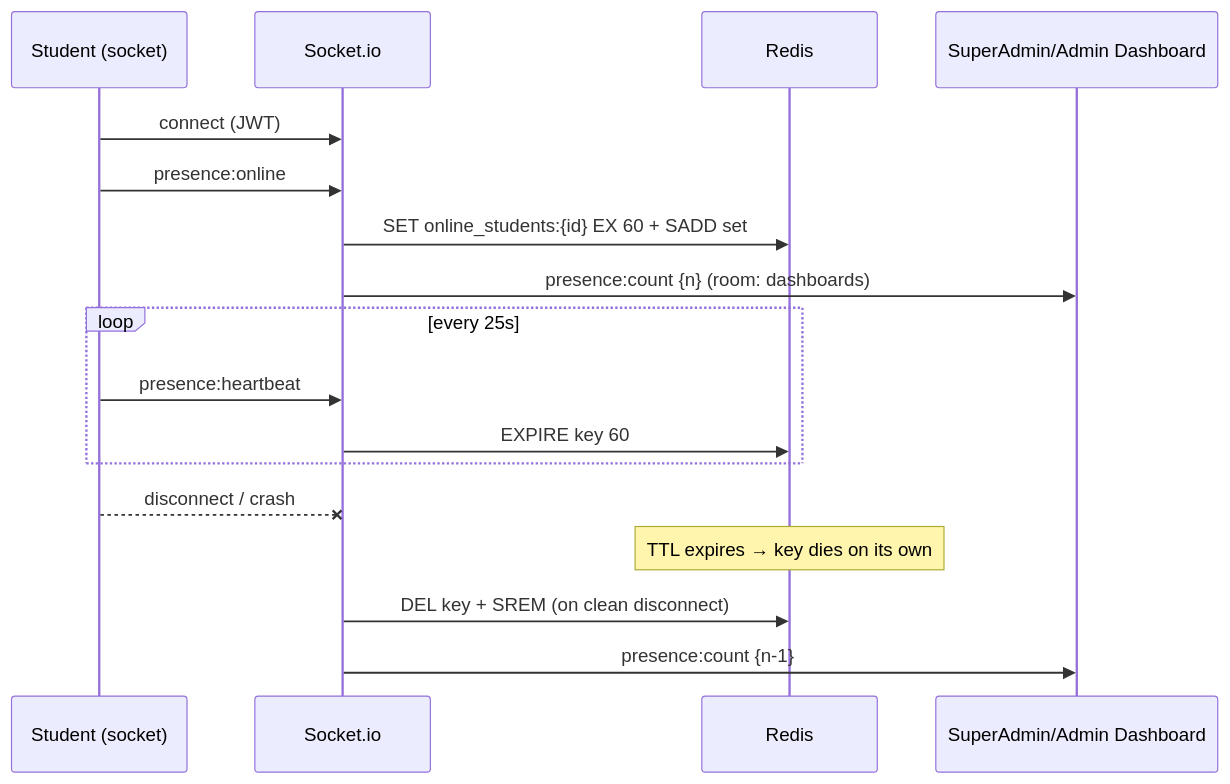
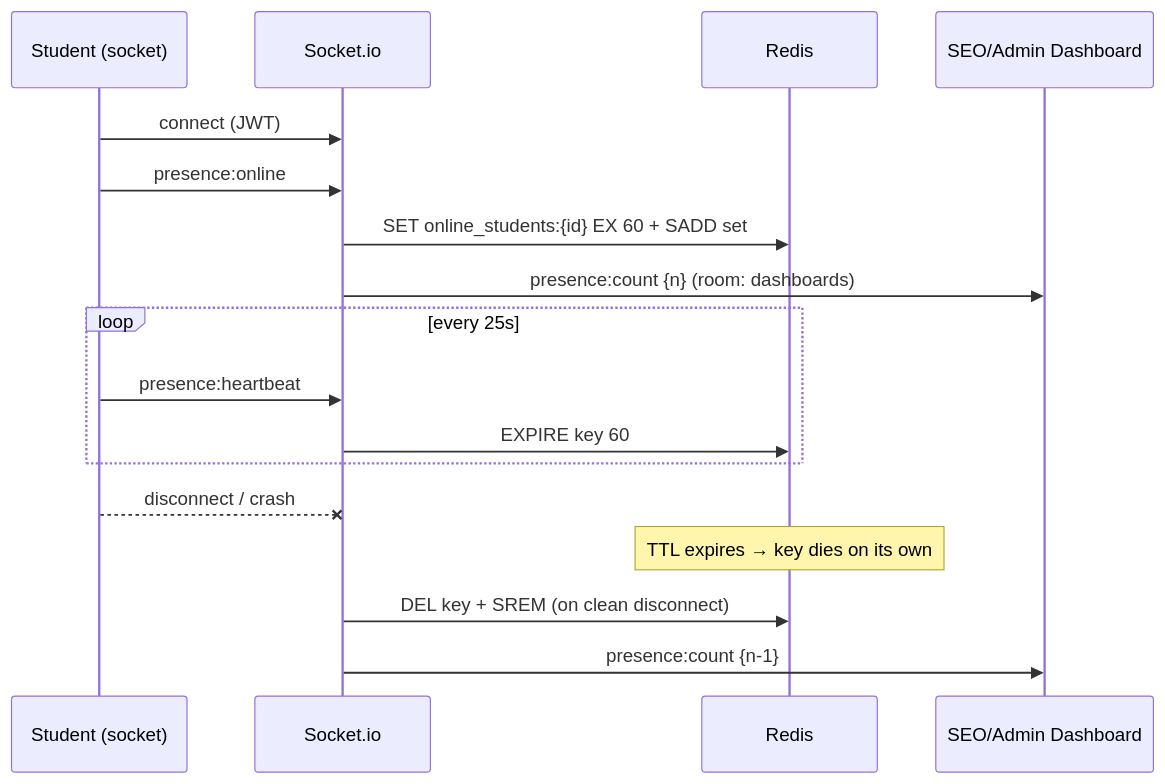
One commit to Azizbek0010/LevelUP_academy changed the sixth of 7 diagrams in docs/diagrams/Backend-Architecture-Diagrams.md. Above: the diagram before and after it, drawn with Mermaid. The commit also changed 135 other files, not shown here.

````diff
--- a/docs/diagrams/Backend-Architecture-Diagrams.md
+++ b/docs/diagrams/Backend-Architecture-Diagrams.md
@@ -165,20 +165,20 @@
 ```mermaid
 sequenceDiagram
     participant S as Student (socket)
     participant IO as Socket.io
     participant R as Redis
-    participant D as SuperAdmin/Admin Dashboard
+    participant D as SEO/Admin Dashboard
 
     S->>IO: connect (JWT)
     S->>IO: presence:online
     IO->>R: SET online_students:{id} EX 60 + SADD set
     IO->>D: presence:count {n} (room: dashboards)
     loop every 25s
         S->>IO: presence:heartbeat
         IO->>R: EXPIRE key 60
     end
     S--xIO: disconnect / crash
     Note over R: TTL expires → key dies on its own
     IO->>R: DEL key + SREM (on clean disconnect)
     IO->>D: presence:count {n-1}
 ```
````
